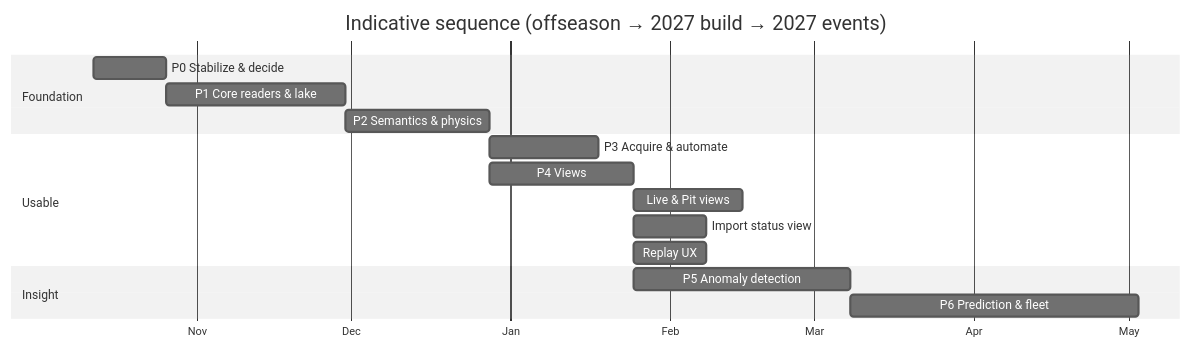
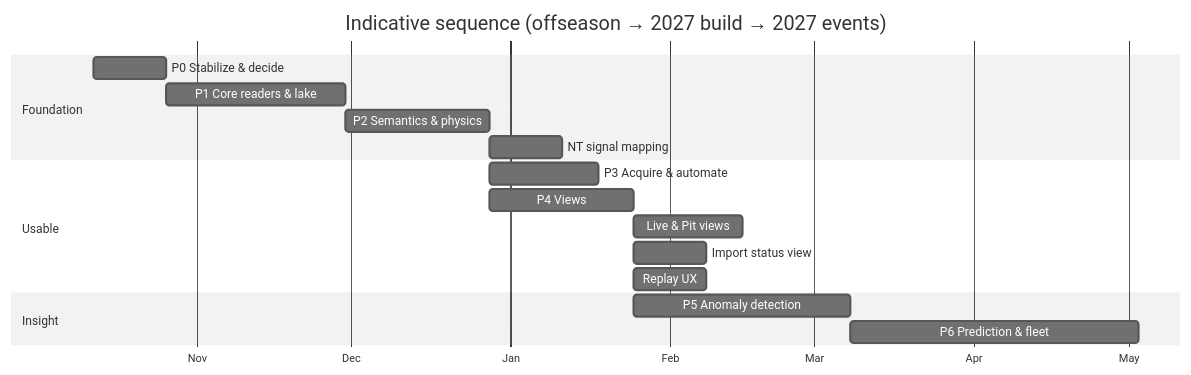
The second of 3 diagrams in docs/rewrite/06-roadmap.md (IgniteRobotics/flashpoint), drawn with Mermaid (neutral theme) before and after one commit. The commit also changed other lines of this file, not shown here.

First line of the commit message:
docs(roadmap): add NetworkTables signal mapping (unblocks retire-legacy 3b)

````diff
--- a/docs/rewrite/06-roadmap.md
+++ b/docs/rewrite/06-roadmap.md
@@ -23,19 +25,20 @@
 ```mermaid
 gantt
     title Indicative sequence (offseason → 2027 build → 2027 events)
     dateFormat YYYY-MM-DD
     axisFormat %b
     section Foundation
     P0 Stabilize & decide         :p0, 2026-10-12, 2w
     P1 Core readers & lake        :p1, after p0, 5w
     P2 Semantics & physics        :p2, after p1, 4w
+    NT signal mapping             :p2b, after p2, 2w
     section Usable
     P3 Acquire & automate         :p3, after p2, 3w
     P4 Views                      :p4, after p2, 4w
     Live & Pit views              :p4b, after p4, 3w
     Import status view            :p4c, after p4, 2w
     Replay UX                     :p4d, after p4, 2w
     section Insight
     P5 Anomaly detection          :p5, after p4, 6w
     P6 Prediction & fleet         :p6, after p5, 8w
 ```
````
